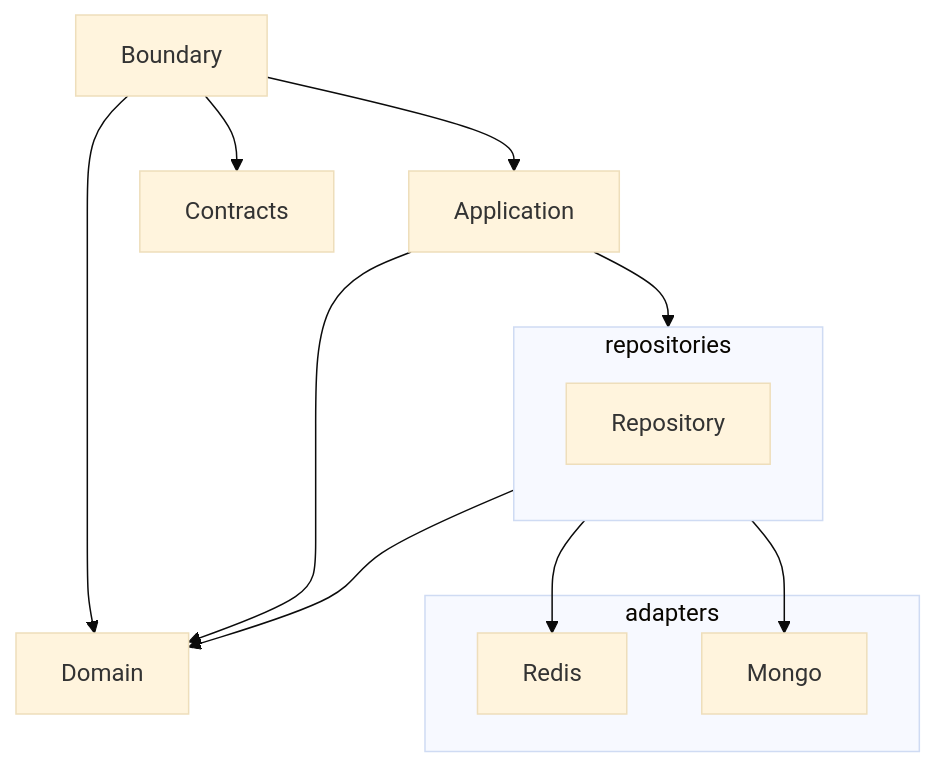
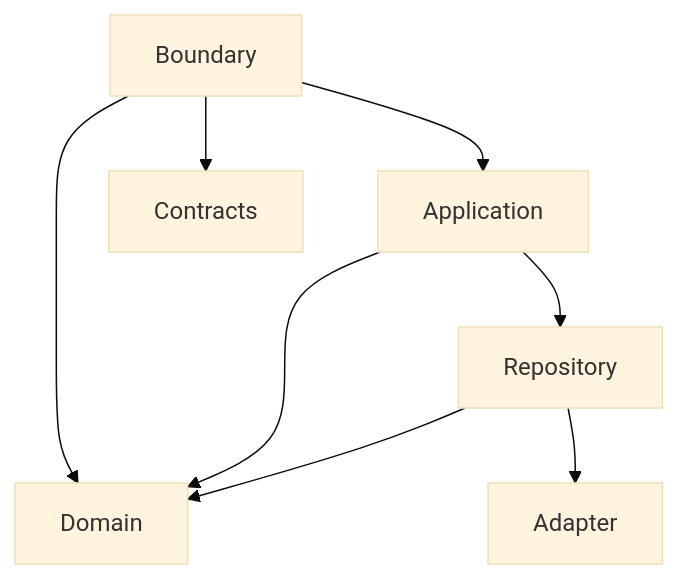
Before and after one commit to adesso-austria/workshop-architectures-love-js: the first of 2 diagrams in docs/Backend Architecture.md, drawn with Mermaid (base theme). The commit also changed 25 other files, not shown here.

````diff
--- a/docs/Backend Architecture.md
+++ b/docs/Backend Architecture.md
@@ -1,14 +1,6 @@
 ```mermaid
 flowchart
-Application-->Domain & repositories
+Application-->Domain & Repository
 Boundary-->Domain & Contracts & Application
-Repository-->Domain
-subgraph adapters
-	Redis
-	Mongo
-end
-subgraph repositories
-	direction TB
-	Repository-->Redis & Mongo
-end
+Repository-->Domain & Adapter
 ```
````
